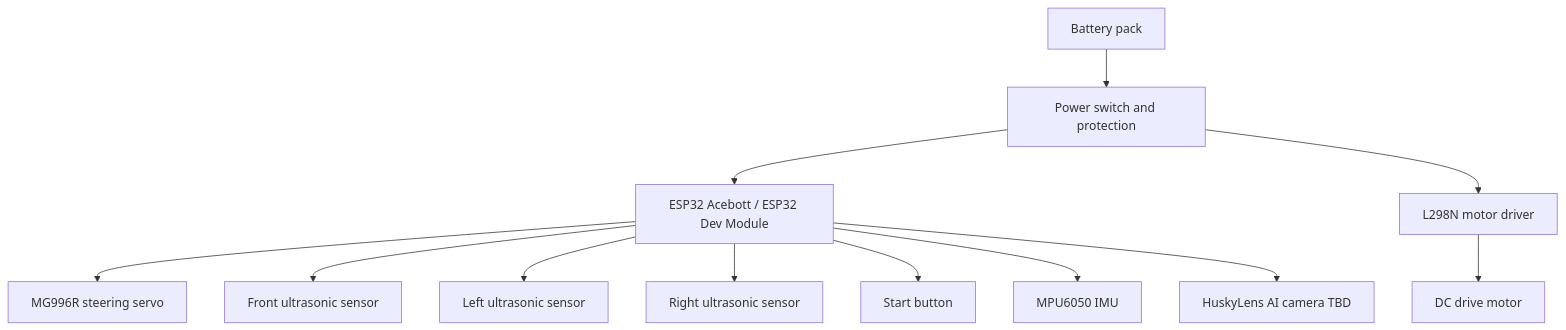
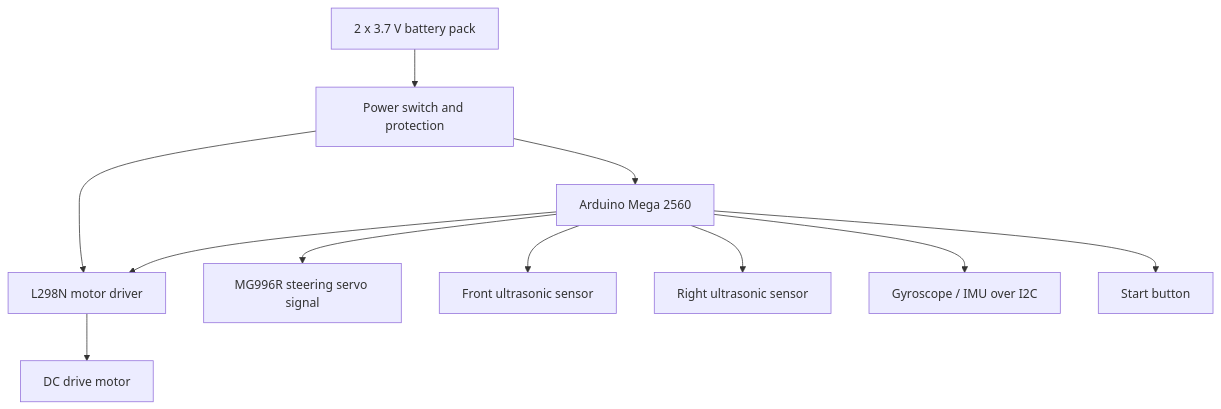
Before and after one commit to Yamilgmr/SKRobotics_WRO2026: the diagram in docs/01_project_overview.md, drawn with Mermaid. The commit also changed other lines of this file and 25 other files, not shown here.

Commit message:
Return active baseline to Arduino Mega

````diff
--- a/docs/01_project_overview.md
+++ b/docs/01_project_overview.md
@@ -22,14 +22,13 @@
 ```mermaid
 flowchart TD
-    A["Battery pack"] --> B["Power switch and protection"]
-    B --> C["ESP32 Acebott / ESP32 Dev Module"]
+    A["2 x 3.7 V battery pack"] --> B["Power switch and protection"]
+    B --> C["Arduino Mega 2560"]
     B --> D["L298N motor driver"]
     D --> E["DC drive motor"]
-    C --> F["MG996R steering servo"]
+    C --> F["MG996R steering servo signal"]
     C --> G["Front ultrasonic sensor"]
-    C --> H["Left ultrasonic sensor"]
-    C --> I["Right ultrasonic sensor"]
+    C --> H["Right ultrasonic sensor"]
+    C --> I["Gyroscope / IMU over I2C"]
     C --> J["Start button"]
-    C --> L["MPU6050 IMU"]
-    C --> K["HuskyLens AI camera TBD"]
+    C --> D
 ```
````
